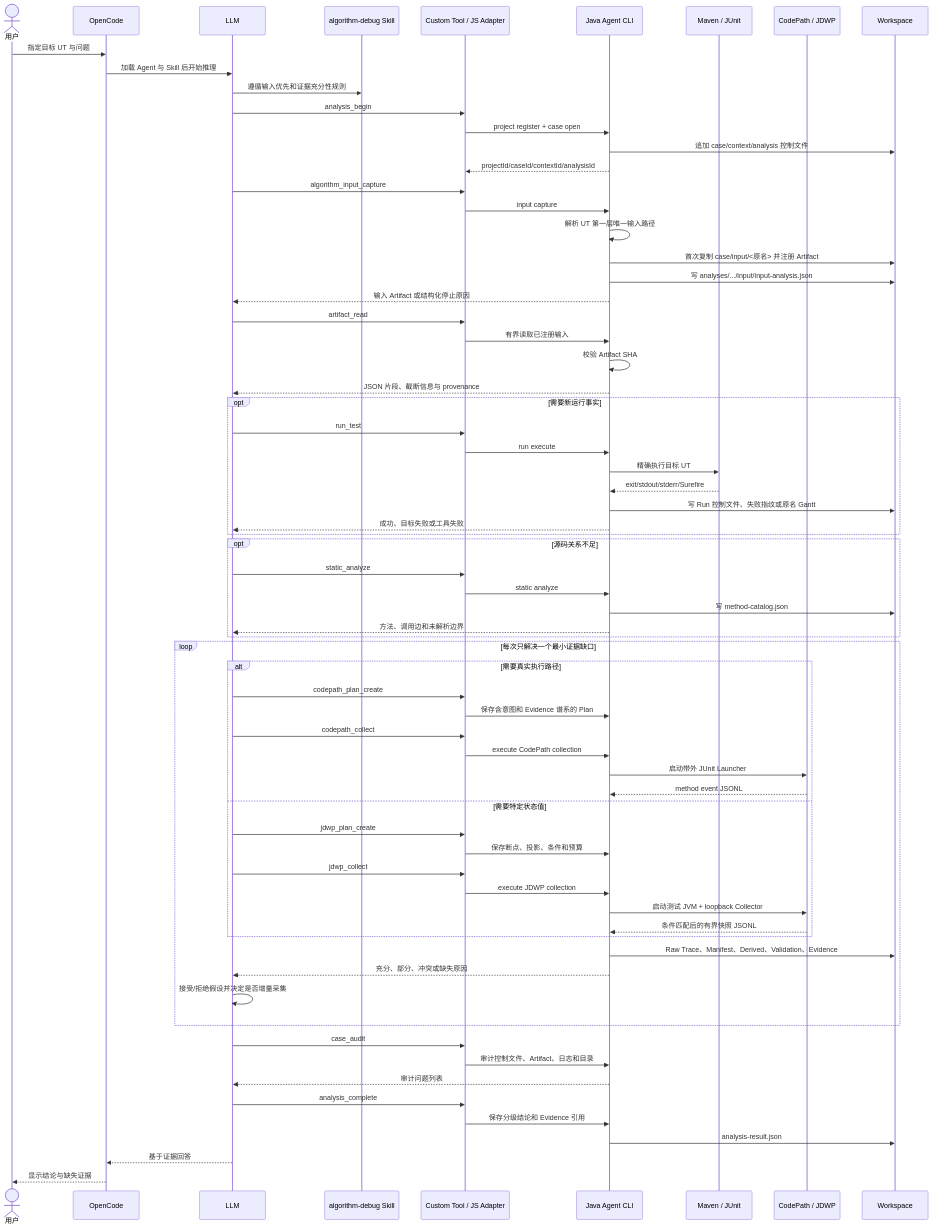
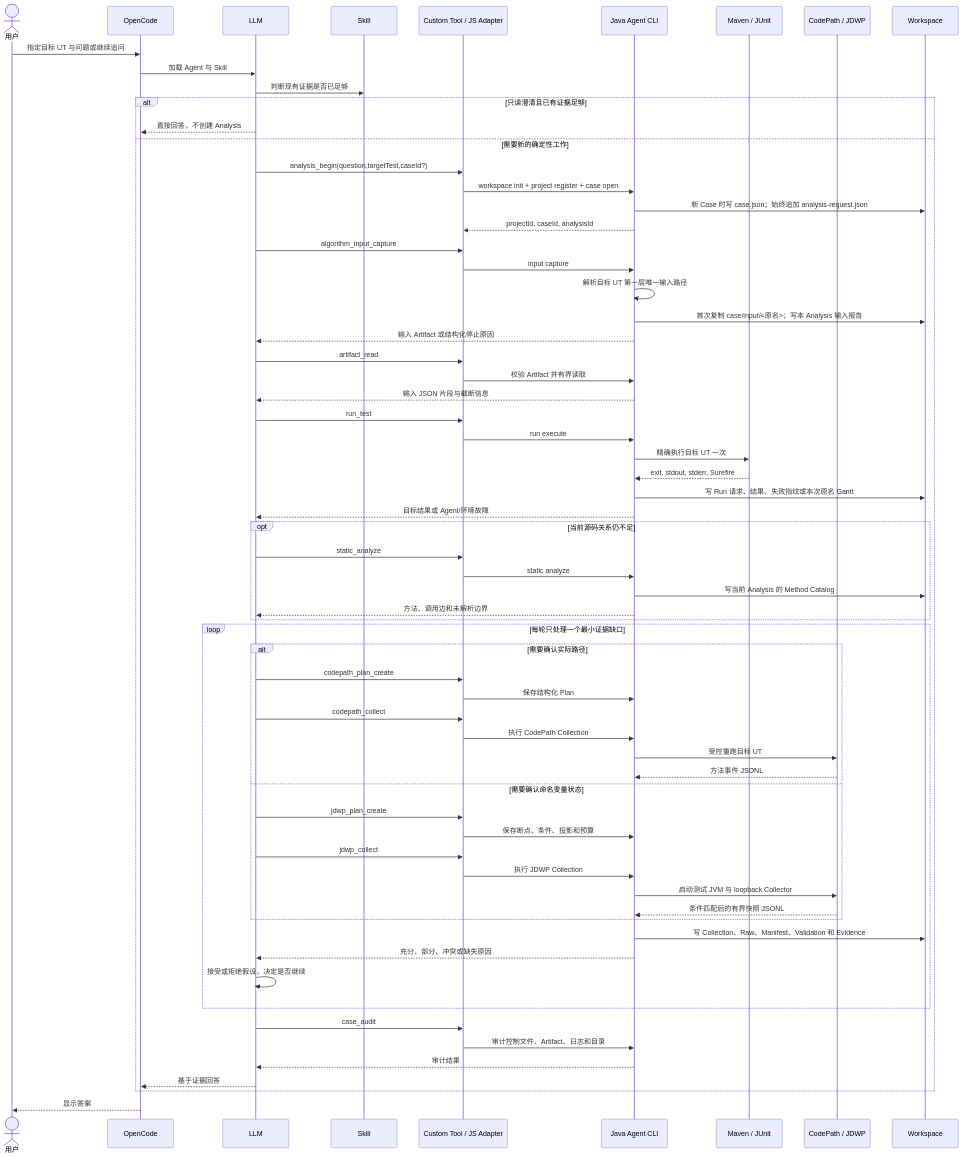
The diagram in docs/algorithm-debug-workflow-and-artifacts.md (mh90901119-oss/algorithm-debug-agent), drawn with Mermaid before and after one commit. The commit also changed other lines of this file and 248 other files, not shown here.

Commit message:
feat: strengthen runtime evidence collection

````diff
--- a/docs/algorithm-debug-workflow-and-artifacts.md
+++ b/docs/algorithm-debug-workflow-and-artifacts.md
@@ -19,78 +21,75 @@
 ```mermaid
 sequenceDiagram
     actor U as 用户
     participant O as OpenCode
     participant L as LLM
-    participant S as algorithm-debug Skill
+    participant S as Skill
     participant T as Custom Tool / JS Adapter
     participant A as Java Agent CLI
     participant M as Maven / JUnit
     participant C as CodePath / JDWP
     participant W as Workspace
 
-    U->>O: 指定目标 UT 与问题
-    O->>L: 加载 Agent 与 Skill 后开始推理
-    L->>S: 遵循输入优先和证据充分性规则
-    L->>T: analysis_begin
-    T->>A: project register + case open
-    A->>W: 追加 case/context/analysis 控制文件
-    A-->>T: projectId/caseId/contextId/analysisId
+    U->>O: 指定目标 UT 与问题或继续追问
+    O->>L: 加载 Agent 与 Skill
+    L->>S: 判断现有证据是否已足够
+    alt 只读澄清且已有证据足够
+        L-->>O: 直接回答，不创建 Analysis
+    else 需要新的确定性工作
+        L->>T: analysis_begin(question,targetTest,caseId?)
+        T->>A: workspace init + project register + case open
+        A->>W: 新 Case 时写 case.json；始终追加 analysis-request.json
+        A-->>T: projectId, caseId, analysisId
 
-    L->>T: algorithm_input_capture
-    T->>A: input capture
-    A->>A: 解析 UT 第一层唯一输入路径
-    A->>W: 首次复制 case/input/<原名> 并注册 Artifact
-    A->>W: 写 analyses/.../input/input-analysis.json
-    A-->>L: 输入 Artifact 或结构化停止原因
+        L->>T: algorithm_input_capture
+        T->>A: input capture
+        A->>A: 解析目标 UT 第一层唯一输入路径
+        A->>W: 首次复制 case/input/<原名>；写本 Analysis 输入报告
+        A-->>L: 输入 Artifact 或结构化停止原因
 
-    L->>T: artifact_read
-    T->>A: 有界读取已注册输入
-    A->>A: 校验 Artifact SHA
-    A-->>L: JSON 片段、截断信息与 provenance
+        L->>T: artifact_read
+        T->>A: 校验 Artifact 并有界读取
+        A-->>L: 输入 JSON 片段与截断信息
 
-    opt 需要新运行事实
         L->>T: run_test
         T->>A: run execute
-        A->>M: 精确执行目标 UT
-        M-->>A: exit/stdout/stderr/Surefire
-        A->>W: 写 Run 控制文件、失败指纹或原名 Gantt
-        A-->>L: 成功、目标失败或工具失败
+        A->>M: 精确执行目标 UT 一次
+        M-->>A: exit, stdout, stderr, Surefire
+        A->>W: 写 Run 请求、结果、失败指纹或本次原名 Gantt
+        A-->>L: 目标结果或 Agent/环境故障
+
+        opt 当前源码关系仍不足
+            L->>T: static_analyze
+            T->>A: static analyze
+            A->>W: 写当前 Analysis 的 Method Catalog
+            A-->>L: 方法、调用边和未解析边界
+        end
+
+        loop 每轮只处理一个最小证据缺口
+            alt 需要确认实际路径
+                L->>T: codepath_plan_create
+                T->>A: 保存结构化 Plan
+                L->>T: codepath_collect
+                T->>A: 执行 CodePath Collection
+                A->>C: 受控重跑目标 UT
+                C-->>A: 方法事件 JSONL
+            else 需要确认命名变量状态
+                L->>T: jdwp_plan_create
+                T->>A: 保存断点、条件、投影和预算
+                L->>T: jdwp_collect
+                T->>A: 执行 JDWP Collection
+                A->>C: 启动测试 JVM 与 loopback Collector
+                C-->>A: 条件匹配后的有界快照 JSONL
+            end
+            A->>W: 写 Collection、Raw、Manifest、Validation 和 Evidence
+            A-->>L: 充分、部分、冲突或缺失原因
+            L->>L: 接受或拒绝假设，决定是否继续
+        end
+
+        L->>T: case_audit
+        T->>A: 审计控制文件、Artifact、日志和目录
+        A-->>L: 审计结果
+        L-->>O: 基于证据回答
     end
-
-    opt 源码关系不足
-        L->>T: static_analyze
-        T->>A: static analyze
-        A->>W: 写 method-catalog.json
-        A-->>L: 方法、调用边和未解析边界
-    end
-
-    loop 每次只解决一个最小证据缺口
-        alt 需要真实执行路径
-            L->>T: codepath_plan_create
-            T->>A: 保存含意图和 Evidence 谱系的 Plan
-            L->>T: codepath_collect
-            T->>A: execute CodePath collection
-            A->>C: 启动带外 JUnit Launcher
-            C-->>A: method event JSONL
-        else 需要特定状态值
-            L->>T: jdwp_plan_create
-            T->>A: 保存断点、投影、条件和预算
-            L->>T: jdwp_collect
-            T->>A: execute JDWP collection
-            A->>C: 启动测试 JVM + loopback Collector
-            C-->>A: 条件匹配后的有界快照 JSONL
-        end
-        A->>W: Raw Trace、Manifest、Derived、Validation、Evidence
-        A-->>L: 充分、部分、冲突或缺失原因
-        L->>L: 接受/拒绝假设并决定是否增量采集
-    end
-
-    L->>T: case_audit
-    T->>A: 审计控制文件、Artifact、日志和目录
-    A-->>L: 审计问题列表
-    L->>T: analysis_complete
-    T->>A: 保存分级结论和 Evidence 引用
-    A->>W: analysis-result.json
-    L-->>O: 基于证据回答
-    O-->>U: 显示结论与缺失证据
+    O-->>U: 显示答案
 ```
````
